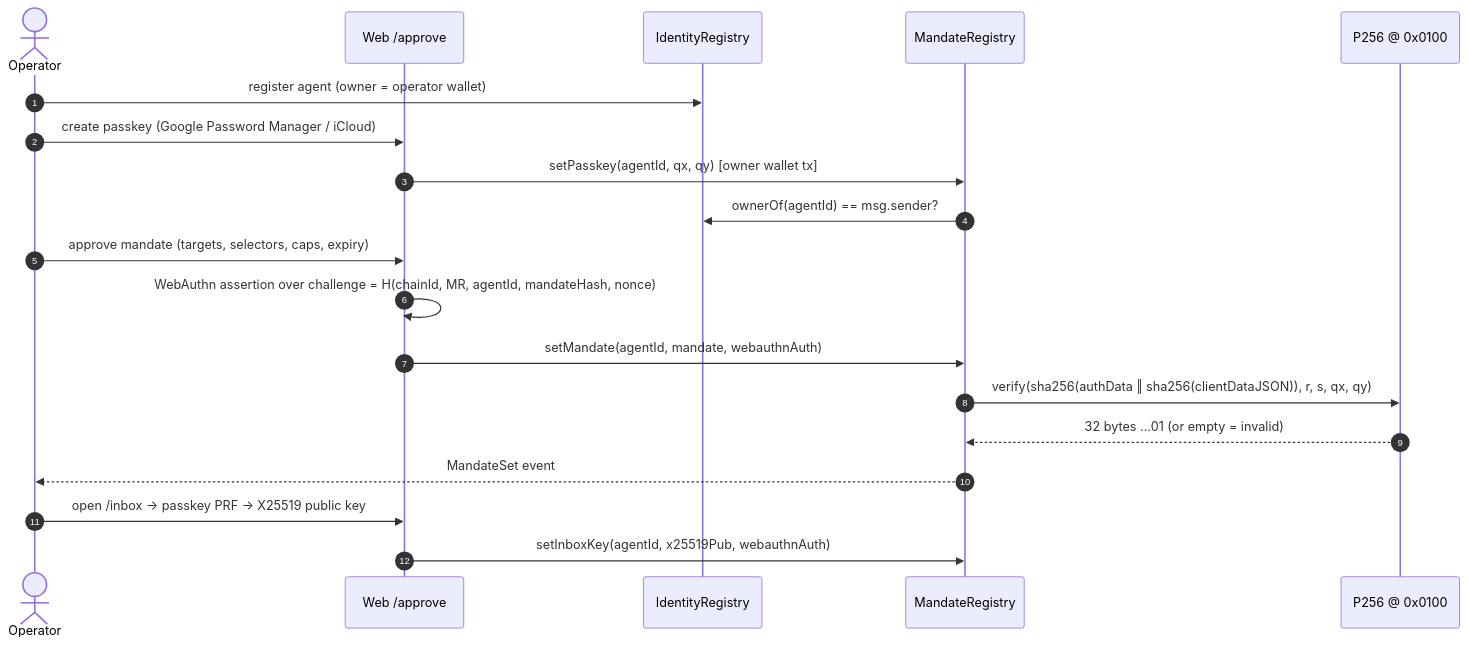
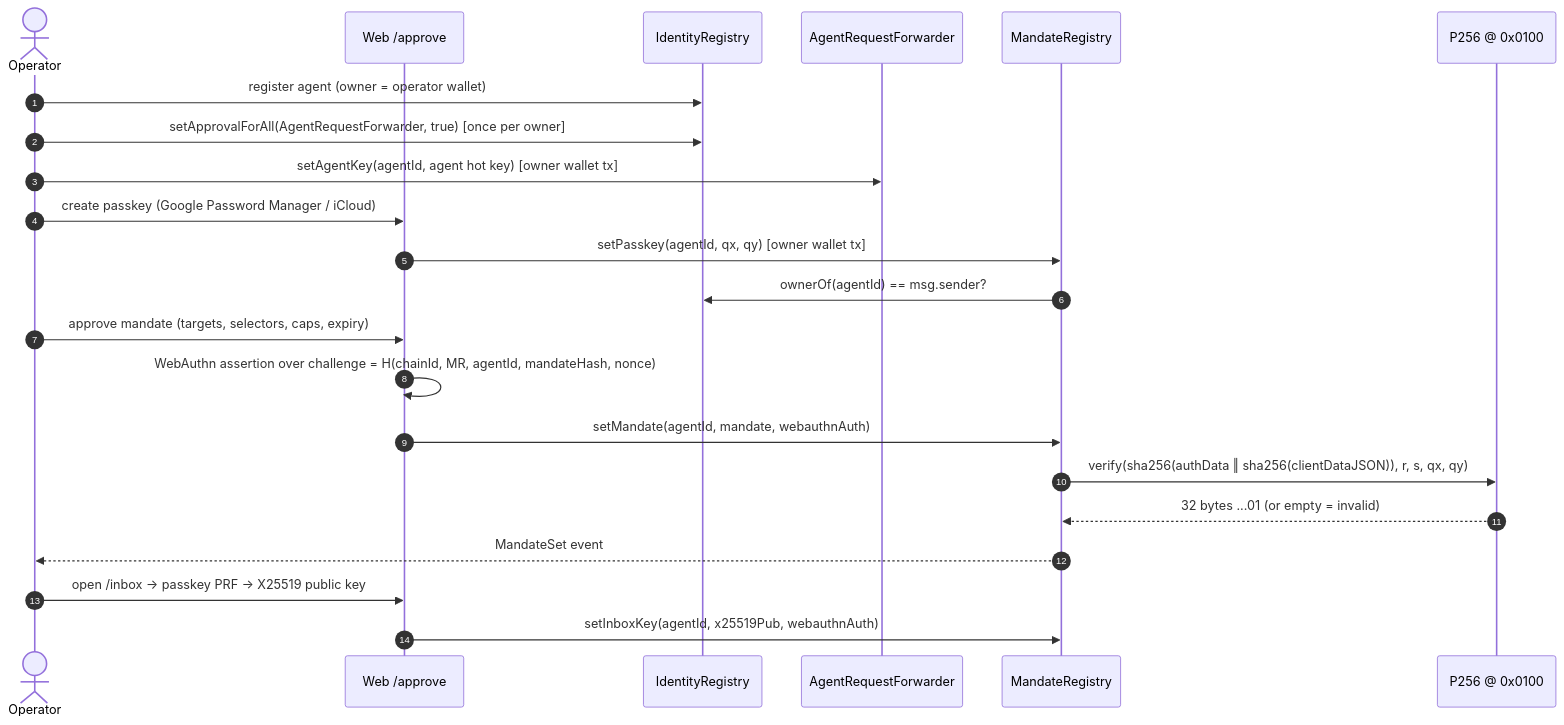
Before and after one commit to AmitChowdary122/attest8004: the third of 5 diagrams in ARCHITECTURE.md, drawn with Mermaid. The commit also changed other lines of this file and 4 other files, not shown here.

First line of the commit message:
feat(contracts): AgentRequestForwarder, a validationRequest-only operator for agent hot keys

````diff
--- a/ARCHITECTURE.md
+++ b/ARCHITECTURE.md
@@ -171,21 +179,24 @@
 ```mermaid
 sequenceDiagram
   autonumber
   actor Op as Operator
   participant W as Web /approve
   participant ID as IdentityRegistry
+  participant F as AgentRequestForwarder
   participant MR as MandateRegistry
   participant P as P256 @ 0x0100
   Op->>ID: register agent (owner = operator wallet)
+  Op->>ID: setApprovalForAll(AgentRequestForwarder, true)  [once per owner]
+  Op->>F: setAgentKey(agentId, agent hot key)  [owner wallet tx]
   Op->>W: create passkey (Google Password Manager / iCloud)
   W->>MR: setPasskey(agentId, qx, qy)  [owner wallet tx]
   MR->>ID: ownerOf(agentId) == msg.sender?
   Op->>W: approve mandate (targets, selectors, caps, expiry)
   W->>W: WebAuthn assertion over challenge = H(chainId, MR, agentId, mandateHash, nonce)
   W->>MR: setMandate(agentId, mandate, webauthnAuth)
   MR->>P: verify(sha256(authData ‖ sha256(clientDataJSON)), r, s, qx, qy)
   P-->>MR: 32 bytes ...01 (or empty = invalid)
   MR-->>Op: MandateSet event
   Op->>W: open /inbox → passkey PRF → X25519 public key
   W->>MR: setInboxKey(agentId, x25519Pub, webauthnAuth)
 ```
````
